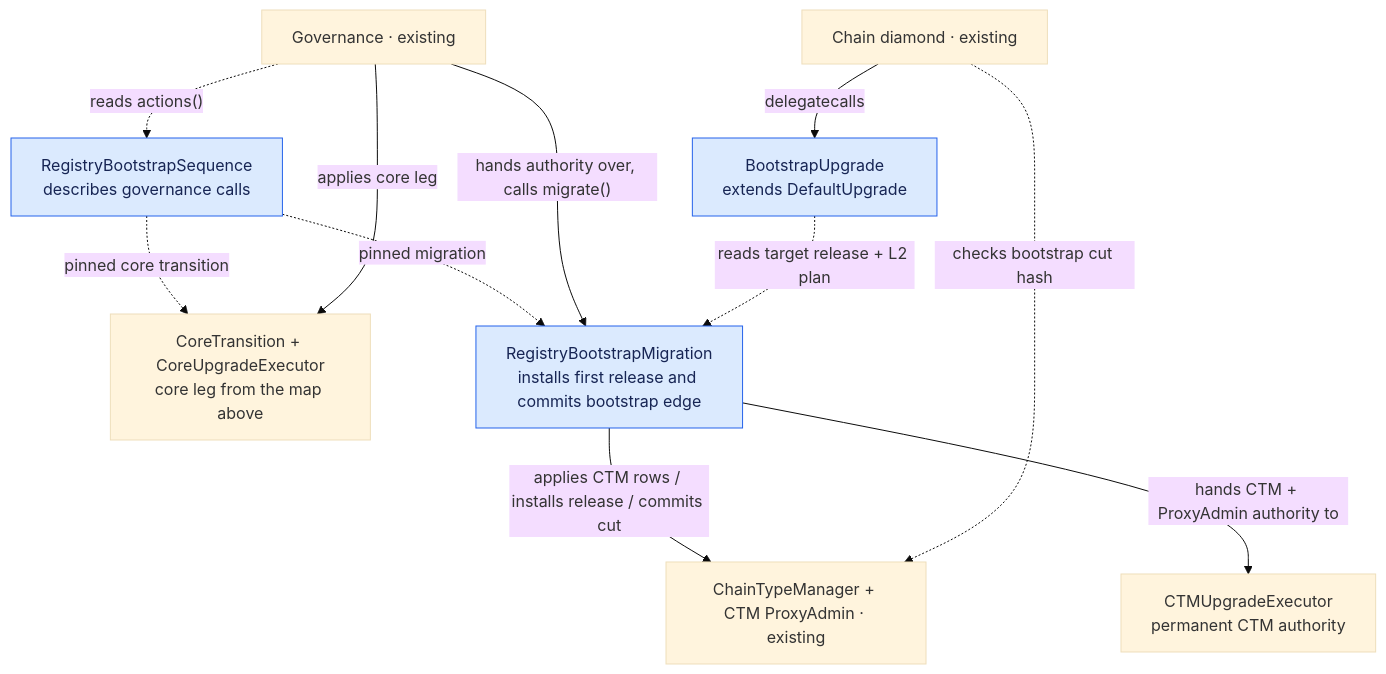
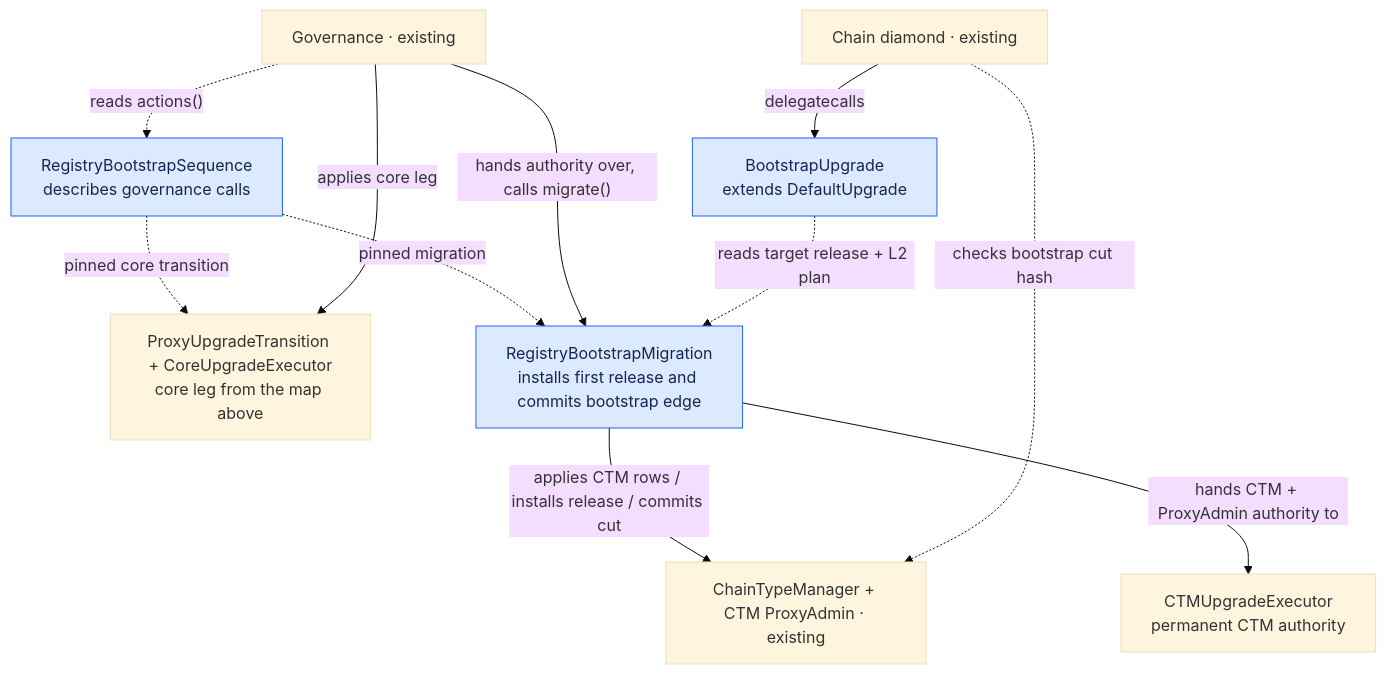
Before and after one commit to matter-labs/era-contracts: the second of 4 diagrams in README.md, drawn with Mermaid (base theme). The commit also changed other lines of this file and 120 other files, not shown here.

````diff
--- a/README.md
+++ b/README.md
@@ -109,25 +106,25 @@
 ```mermaid
 flowchart TB
     GOV["Governance · existing"]
     SEQ["RegistryBootstrapSequence<br/>describes governance calls"]
-    CR["CoreTransition + CoreUpgradeExecutor<br/>core leg from the map above"]
+    CR["ProxyUpgradeTransition + CoreUpgradeExecutor<br/>core leg from the map above"]
     MIG["RegistryBootstrapMigration<br/>installs first release and commits bootstrap edge"]
     CTMEXEC["CTMUpgradeExecutor<br/>permanent CTM authority"]
     CTM["ChainTypeManager + CTM ProxyAdmin · existing"]
     CHAIN["Chain diamond · existing"]
     ENGINE["BootstrapUpgrade<br/>extends DefaultUpgrade"]
 
     GOV -.->|"reads actions()"| SEQ
     SEQ -.->|"pinned core transition"| CR
     SEQ -.->|"pinned migration"| MIG
     GOV -->|"applies core leg"| CR
     GOV -->|"hands authority over, calls migrate()"| MIG
     MIG -->|"applies CTM rows / installs release / commits cut"| CTM
     MIG -->|"hands CTM + ProxyAdmin authority to"| CTMEXEC
     CHAIN -.->|"checks bootstrap cut hash"| CTM
     CHAIN -->|"delegatecalls"| ENGINE
     ENGINE -.->|"reads target release + L2 plan"| MIG
 
     classDef added fill:#dbeafe,stroke:#2563eb,color:#172554
     class SEQ,MIG,ENGINE added
 ```
````
